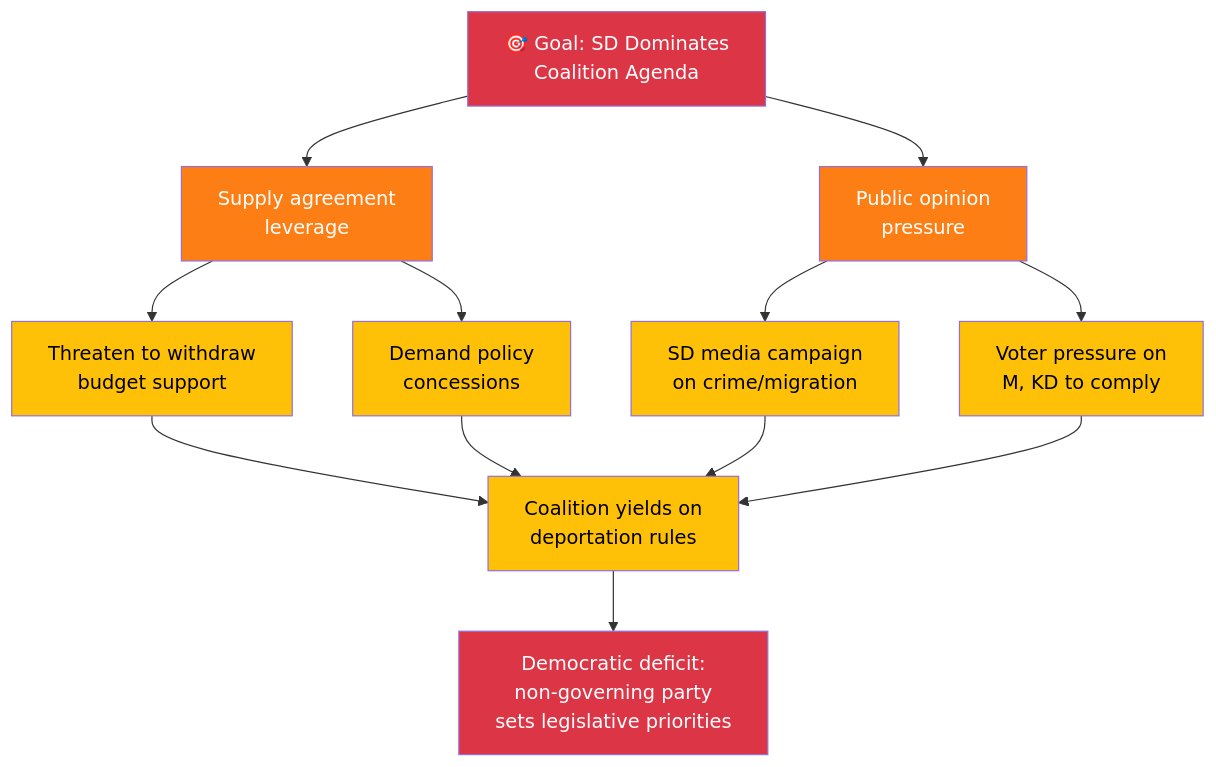
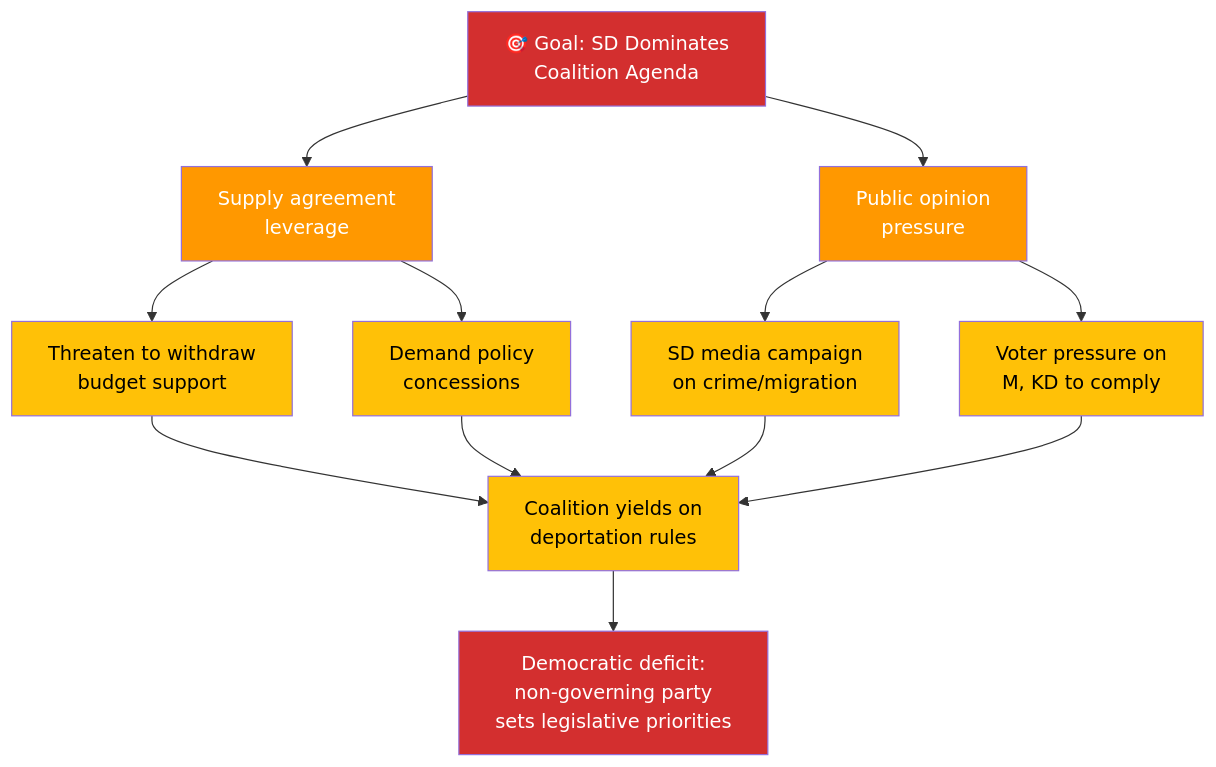
One commit to Hack23/riksdagsmonitor changed the second of 2 diagrams in analysis/daily/2026-04-03/realtime-1018/threat-analysis.md. Above: the diagram before and after it, drawn with Mermaid. The commit also changed other lines of this file and 785 other files, not shown here.

First line of the commit message:
Normalize mermaid colors across 786 analysis artifacts to ISMS Style Guide palette

````diff
--- a/analysis/daily/2026-04-03/realtime-1018/threat-analysis.md
+++ b/analysis/daily/2026-04-03/realtime-1018/threat-analysis.md
@@ -53,29 +53,29 @@
 ```mermaid
 graph TD
     ROOT["🎯 Goal: SD Dominates<br/>Coalition Agenda"]
     ROOT --> A["Supply agreement<br/>leverage"]
     ROOT --> B["Public opinion<br/>pressure"]
 
     A --> A1["Threaten to withdraw<br/>budget support"]
     A --> A2["Demand policy<br/>concessions"]
 
     B --> B1["SD media campaign<br/>on crime/migration"]
     B --> B2["Voter pressure on<br/>M, KD to comply"]
 
     A1 --> C["Coalition yields on<br/>deportation rules"]
     A2 --> C
     B1 --> C
     B2 --> C
 
     C --> D["Democratic deficit:<br/>non-governing party<br/>sets legislative priorities"]
 
-    style ROOT fill:#dc3545,color:#fff
-    style A fill:#fd7e14,color:#fff
-    style B fill:#fd7e14,color:#fff
-    style C fill:#ffc107,color:#000
-    style D fill:#dc3545,color:#fff
-    style A1 fill:#ffc107,color:#000
-    style A2 fill:#ffc107,color:#000
-    style B1 fill:#ffc107,color:#000
-    style B2 fill:#ffc107,color:#000
+    style ROOT fill:#D32F2F,color:#FFFFFF
+    style A fill:#FF9800,color:#FFFFFF
+    style B fill:#FF9800,color:#FFFFFF
+    style C fill:#FFC107,color:#000000
+    style D fill:#D32F2F,color:#FFFFFF
+    style A1 fill:#FFC107,color:#000000
+    style A2 fill:#FFC107,color:#000000
+    style B1 fill:#FFC107,color:#000000
+    style B2 fill:#FFC107,color:#000000
 ```
````
